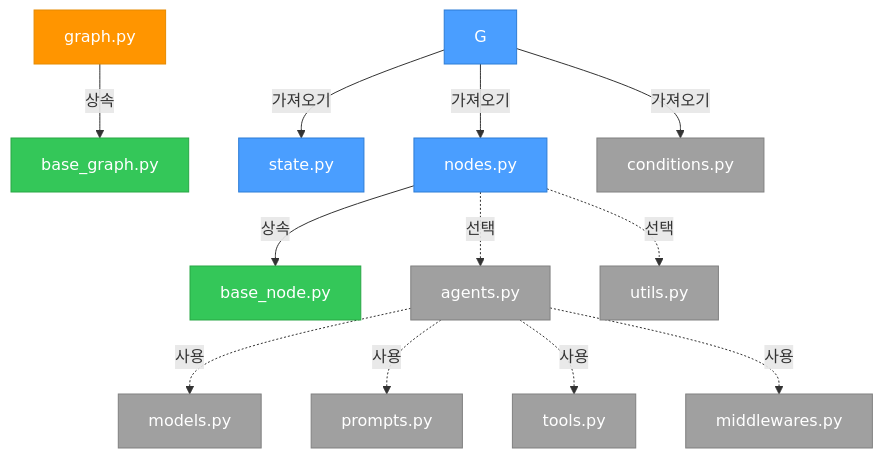
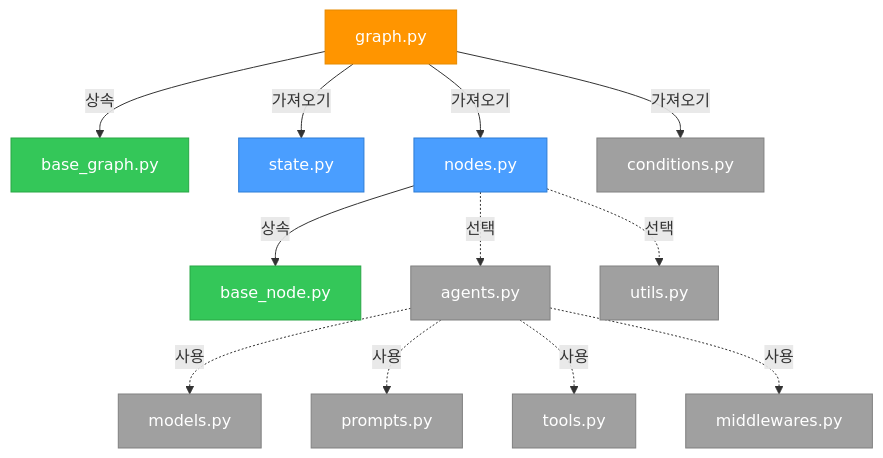
One commit to Proact0/act-operator changed the first of 2 diagrams in README_KR.md. Above: the diagram before and after it, drawn with Mermaid. The commit also changed 1 other file, not shown here.

Commit message:
docs: update module import connections in diagrams for consistency across README files

````diff
--- a/README_KR.md
+++ b/README_KR.md
@@ -178,24 +178,24 @@
 ```mermaid
 graph TD
     LG["graph.py"] -->|상속| BG["base_graph.py"]
-    G -->|가져오기| S["state.py"]
-    G -->|가져오기| N["nodes.py"]
-    G -->|가져오기| CD["conditions.py"]
+    LG -->|가져오기| S["state.py"]
+    LG -->|가져오기| N["nodes.py"]
+    LG -->|가져오기| CD["conditions.py"]
     N -->|상속| BN["base_node.py"]
     N -.->|선택| A["agents.py"]
     N -.->|선택| U["utils.py"]
     A -.->|사용| M["models.py"]
     A -.->|사용| P["prompts.py"]
     A -.->|사용| T["tools.py"]
     A -.->|사용| MW["middlewares.py"]
 
     classDef required fill:#4a9eff,stroke:#2d7cd6,color:#fff
     classDef optional fill:#a0a0a0,stroke:#808080,color:#fff
     classDef base fill:#34c759,stroke:#28a745,color:#fff
     classDef entry fill:#ff9500,stroke:#e68a00,color:#fff
 
     class LG entry
     class G,S,N required
     class BG,BN base
     class CD,A,T,MW,M,P,U optional
 ```
````
